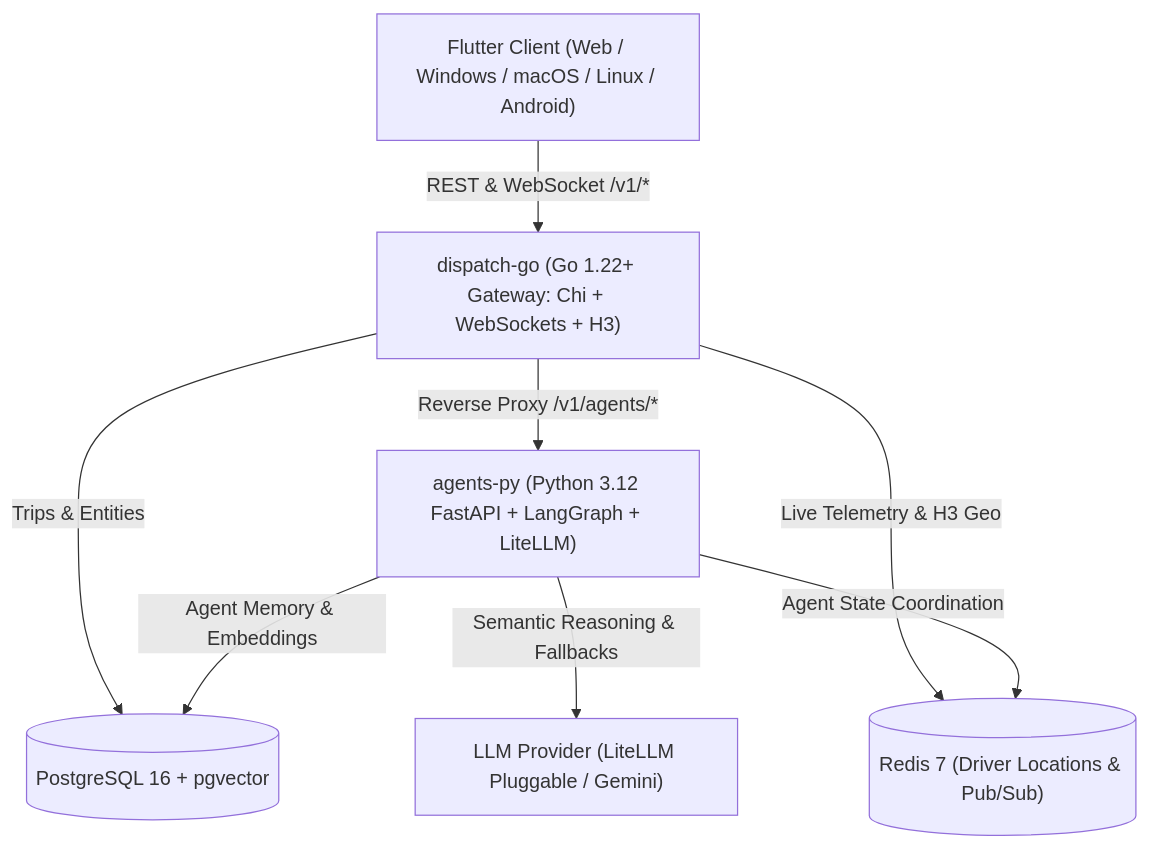
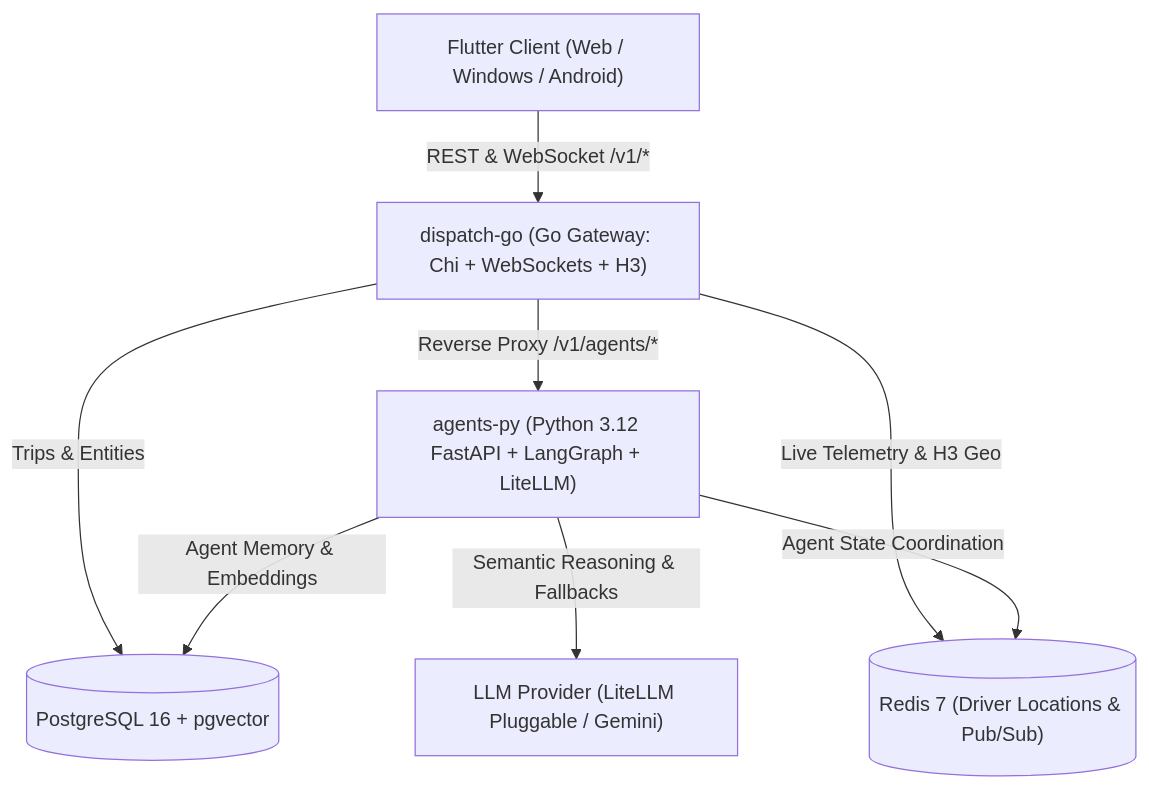
Before and after one commit to Sayamgada/HexaGo: the diagram in README.md, drawn with Mermaid. The commit also changed other lines of this file and 8 other files, not shown here.

First line of the commit message:
feat(tools): live end-to-end smoke test, demo script, architecture docs

````diff
--- a/README.md
+++ b/README.md
@@ -37,17 +62,17 @@
 ```mermaid
 flowchart TD
-    Client["Flutter Client (Web / Windows / macOS / Linux / Android)"]
-    Gateway["dispatch-go (Go 1.22+ Gateway: Chi + WebSockets + H3)"]
+    Client["Flutter Client (Web / Windows / Android)"]
+    Gateway["dispatch-go (Go Gateway: Chi + WebSockets + H3)"]
     Agents["agents-py (Python 3.12 FastAPI + LangGraph + LiteLLM)"]
     DB[("PostgreSQL 16 + pgvector")]
     Redis[("Redis 7 (Driver Locations & Pub/Sub)")]
     LLM["LLM Provider (LiteLLM Pluggable / Gemini)"]
 
     Client -->|REST & WebSocket /v1/*| Gateway
     Gateway -->|Reverse Proxy /v1/agents/*| Agents
     Gateway -->|Live Telemetry & H3 Geo| Redis
     Gateway -->|Trips & Entities| DB
     Agents -->|Agent Memory & Embeddings| DB
     Agents -->|Semantic Reasoning & Fallbacks| LLM
     Agents -->|Agent State Coordination| Redis
 ```
````
